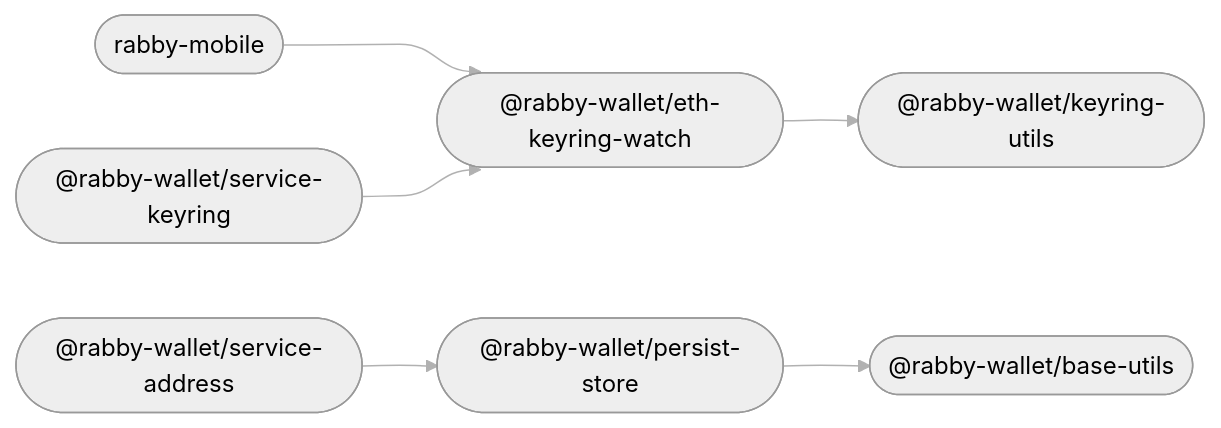
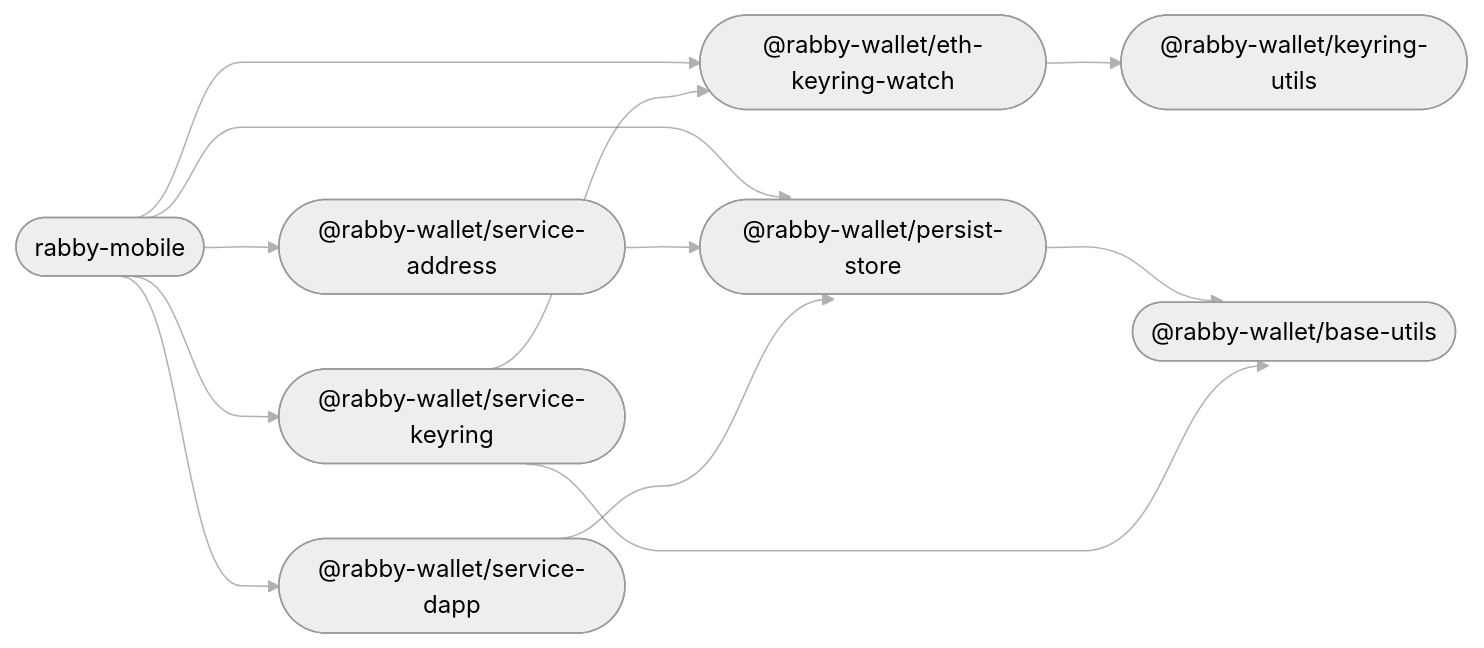
One commit to RabbyHub/rabby-mobile changed the diagram in README.md. Above: the diagram before and after it, drawn with Mermaid (neutral theme). The commit also changed other lines of this file and 46 other files, not shown here.

````diff
--- a/README.md
+++ b/README.md
@@ -25,17 +26,24 @@
 ```mermaid
 %%{ init: { 'flowchart': { 'curve': 'bumpX' } } }%%
 graph LR;
 linkStyle default opacity:0.5
   rabby_mobile(["rabby-mobile"]);
   base_utils(["@rabby-wallet/base-utils"]);
   eth_keyring_watch(["@rabby-wallet/eth-keyring-watch"]);
   keyring_utils(["@rabby-wallet/keyring-utils"]);
   persist_store(["@rabby-wallet/persist-store"]);
   service_address(["@rabby-wallet/service-address"]);
+  service_dapp(["@rabby-wallet/service-dapp"]);
   service_keyring(["@rabby-wallet/service-keyring"]);
   rabby_mobile --> eth_keyring_watch;
+  rabby_mobile --> persist_store;
+  rabby_mobile --> service_address;
+  rabby_mobile --> service_dapp;
+  rabby_mobile --> service_keyring;
   eth_keyring_watch --> keyring_utils;
   persist_store --> base_utils;
   service_address --> persist_store;
+  service_dapp --> persist_store;
+  service_keyring --> base_utils;
   service_keyring --> eth_keyring_watch;
 ```
````
